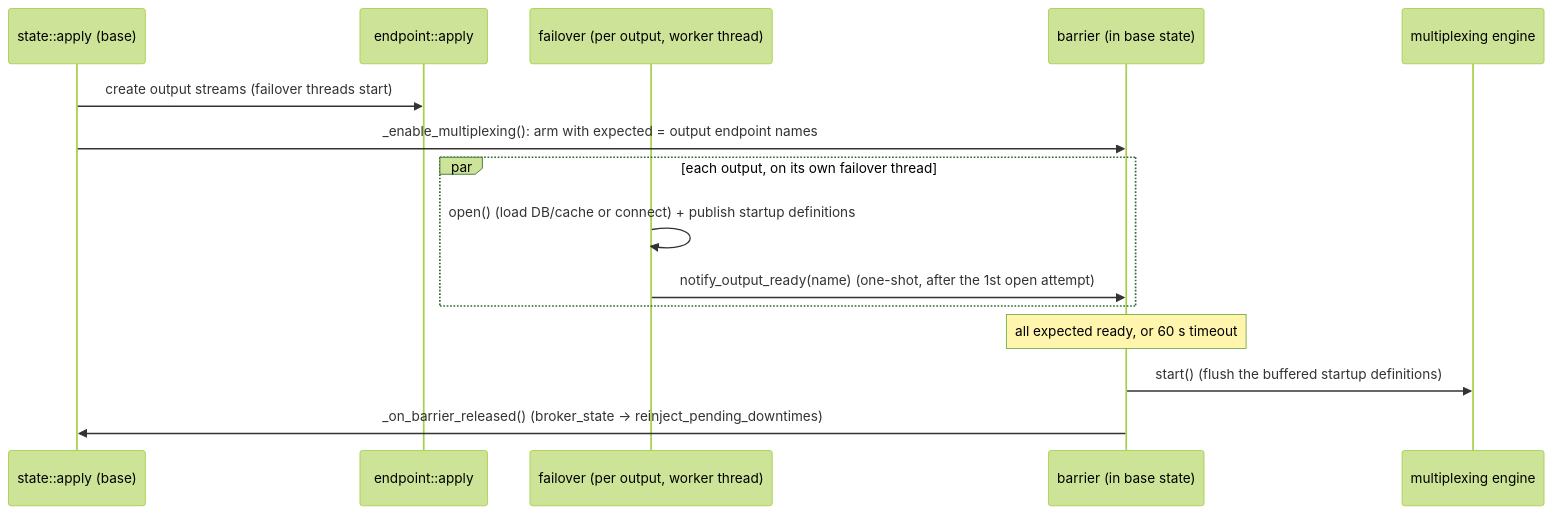
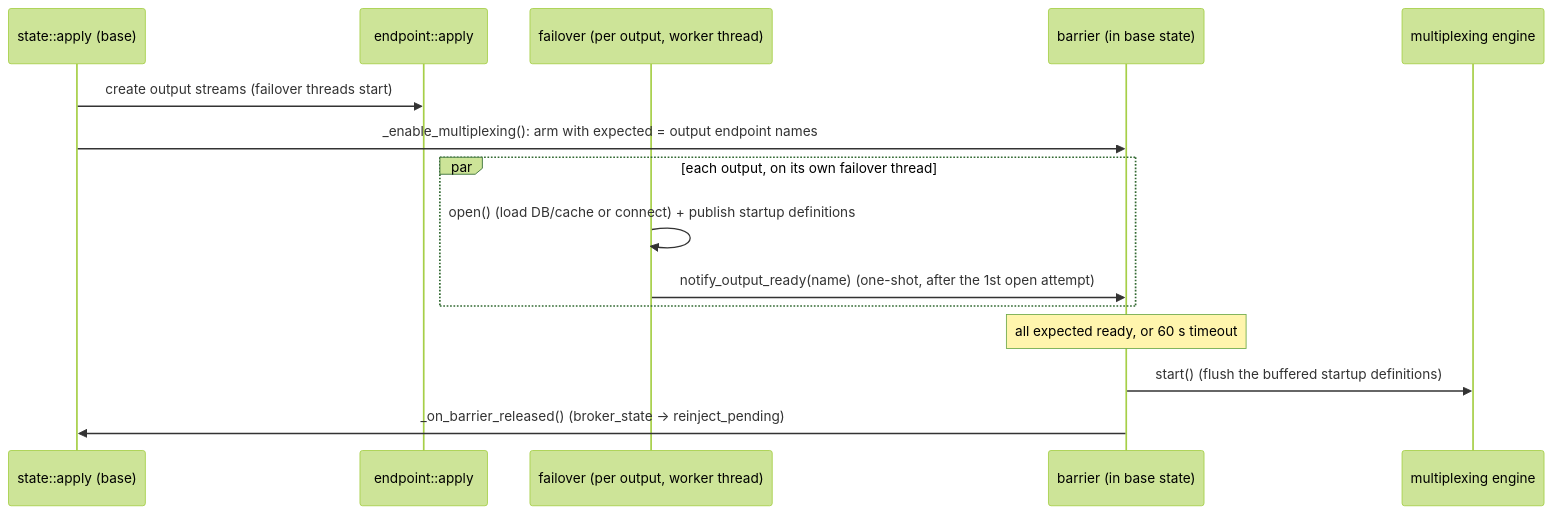
Before and after one commit to centreon/centreon-collect: diagram 22 of 50 in doc/nego-engine-broker-en.md, drawn with Mermaid (forest theme). The commit also changed other lines of this file and 7 other files, not shown here.

````diff
--- a/doc/nego-engine-broker-en.md
+++ b/doc/nego-engine-broker-en.md
@@ -2186,18 +2186,18 @@
 ```mermaid
 sequenceDiagram
     participant S as state::apply (base)
     participant EP as endpoint::apply
     participant FO as failover (per output, worker thread)
     participant B as barrier (in base state)
     participant ENG as multiplexing engine
 
     S->>EP: create output streams (failover threads start)
     S->>B: _enable_multiplexing(): arm with expected = output endpoint names
     par each output, on its own failover thread
         FO->>FO: open() (load DB/cache or connect) + publish startup definitions
         FO->>B: notify_output_ready(name) (one-shot, after the 1st open attempt)
     end
     Note over B: all expected ready, or 60 s timeout
     B->>ENG: start() (flush the buffered startup definitions)
-    B->>S: _on_barrier_released() (broker_state → reinject_pending_downtimes)
+    B->>S: _on_barrier_released() (broker_state → reinject_pending)
 ```
````
